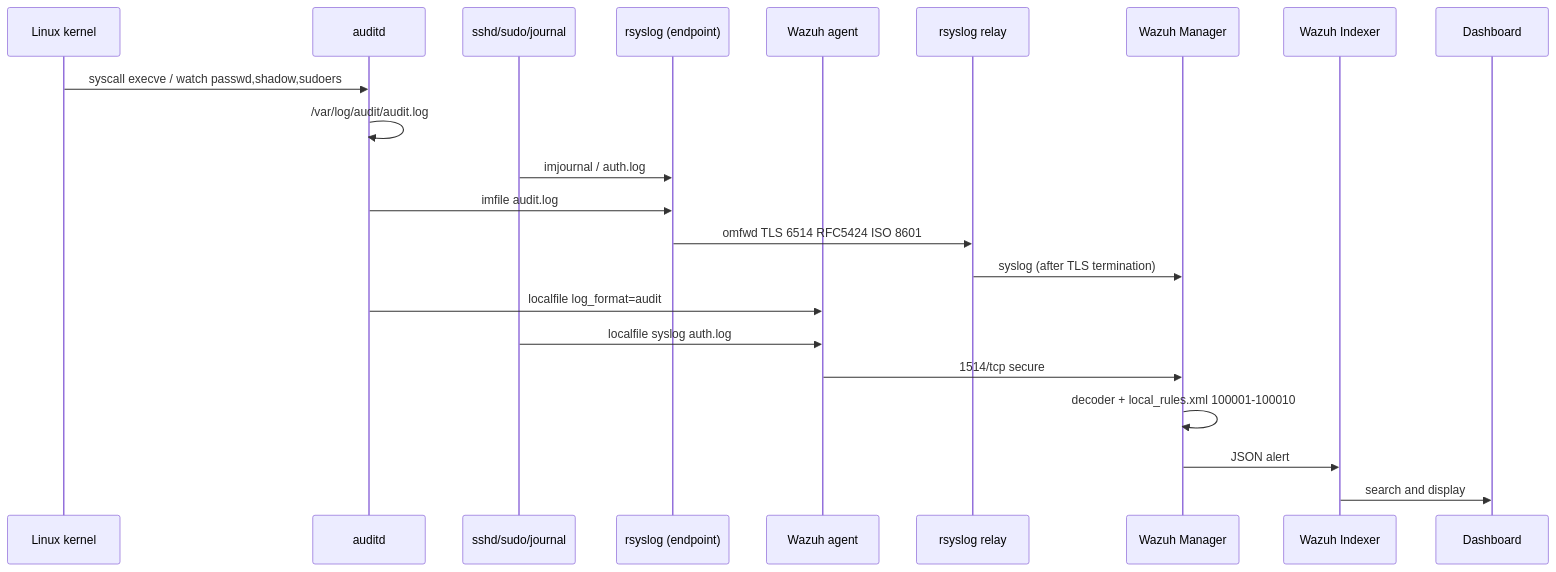
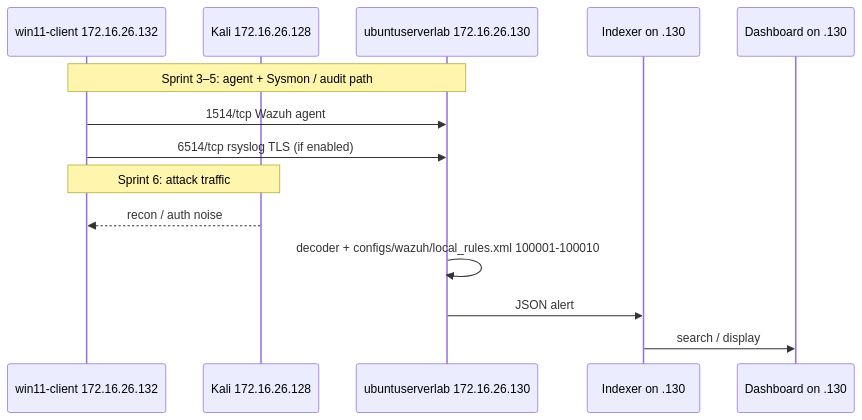
Before and after one commit to sadiq19/nist-siem-cyberlab: the second of 2 diagrams in docs/01-architecture/README.md, drawn with Mermaid. The commit also changed other lines of this file, not shown here.

Commit message:
feat(arch): add sprint 2 IP matrix and ICMP baseline

````diff
--- a/docs/01-architecture/README.md
+++ b/docs/01-architecture/README.md
@@ -44,25 +82,17 @@
 ```mermaid
 sequenceDiagram
-  participant Kernel as Linux kernel
-  participant Audit as auditd
-  participant Sshd as sshd/sudo/journal
-  participant Rsys as rsyslog (endpoint)
-  participant Agent as Wazuh agent
-  participant Relay as rsyslog relay
-  participant Mgr as Wazuh Manager
-  participant Idx as Wazuh Indexer
-  participant Dash as Dashboard
+  participant Win as win11-client 172.16.26.132
+  participant Kali as Kali 172.16.26.128
+  participant Mgr as ubuntuserverlab 172.16.26.130
+  participant Idx as Indexer on .130
+  participant Dash as Dashboard on .130
 
-  Kernel->>Audit: syscall execve / watch passwd,shadow,sudoers
-  Audit->>Audit: /var/log/audit/audit.log
-  Sshd->>Rsys: imjournal / auth.log
-  Audit->>Rsys: imfile audit.log
-  Rsys->>Relay: omfwd TLS 6514 RFC5424 ISO 8601
-  Relay->>Mgr: syslog (after TLS termination)
-  Audit->>Agent: localfile log_format=audit
-  Sshd->>Agent: localfile syslog auth.log
-  Agent->>Mgr: 1514/tcp secure
-  Mgr->>Mgr: decoder + local_rules.xml 100001-100010
+  Note over Win,Mgr: Sprint 3–5: agent + Sysmon / audit path
+  Win->>Mgr: 1514/tcp Wazuh agent
+  Win->>Mgr: 6514/tcp rsyslog TLS (if enabled)
+  Note over Kali,Win: Sprint 6: attack traffic
+  Kali-->>Win: recon / auth noise
+  Mgr->>Mgr: decoder + configs/wazuh/local_rules.xml 100001-100010
   Mgr->>Idx: JSON alert
-  Idx->>Dash: search and display
+  Idx->>Dash: search / display
 ```
````
